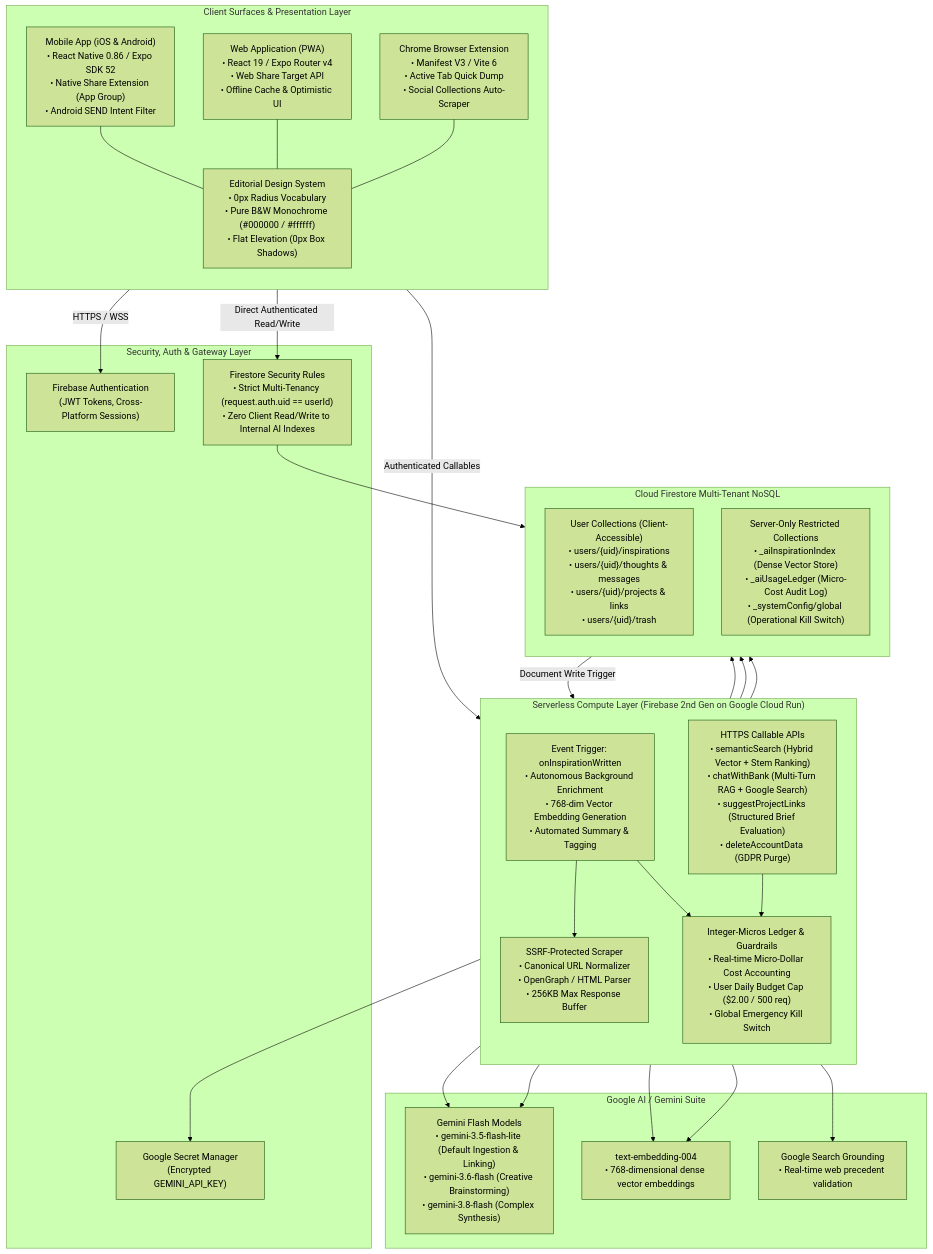
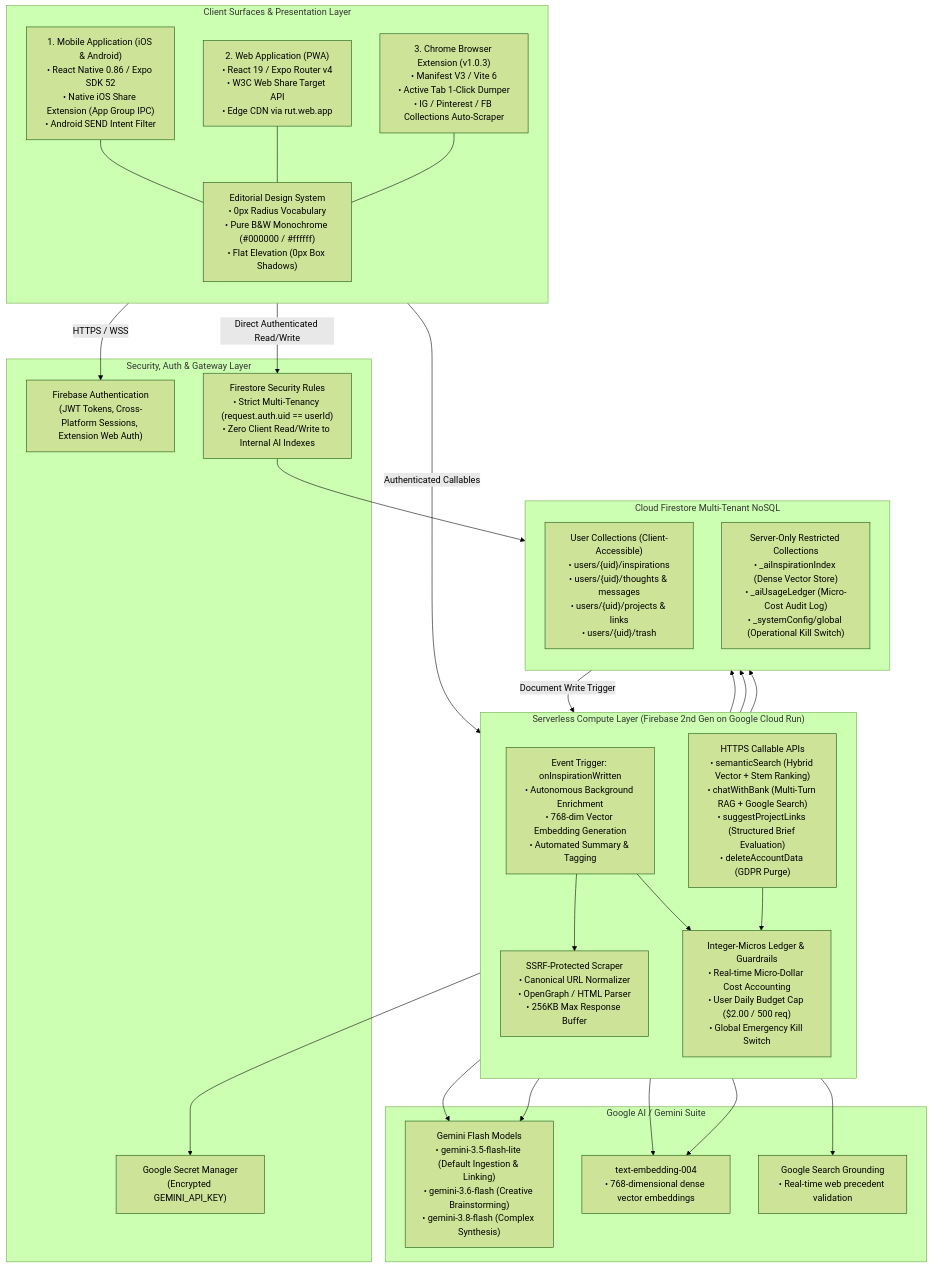
One commit to ernestpascual/rut-app changed the sixth of 6 diagrams in submission.md. Above: the diagram before and after it, drawn with Mermaid (forest theme). The commit also changed other lines of this file, not shown here.

Commit message:
docs: enrich submission.md with explicit Web, Mobile (iOS/Android), and Chrome Extension tri-surface ecosystem

````diff
--- a/submission.md
+++ b/submission.md
@@ -229,62 +275,62 @@
 ```mermaid
 flowchart TB
     subgraph ClientSurfaces ["Client Surfaces & Presentation Layer"]
         direction TB
-        MobileApp["Mobile App (iOS & Android)<br/>• React Native 0.86 / Expo SDK 52<br/>• Native Share Extension (App Group)<br/>• Android SEND Intent Filter"]
-        WebApp["Web Application (PWA)<br/>• React 19 / Expo Router v4<br/>• Web Share Target API<br/>• Offline Cache & Optimistic UI"]
-        BrowserExt["Chrome Browser Extension<br/>• Manifest V3 / Vite 6<br/>• Active Tab Quick Dump<br/>• Social Collections Auto-Scraper"]
+        MobileApp["1. Mobile Application (iOS & Android)<br/>• React Native 0.86 / Expo SDK 52<br/>• Native iOS Share Extension (App Group IPC)<br/>• Android SEND Intent Filter"]
+        WebApp["2. Web Application (PWA)<br/>• React 19 / Expo Router v4<br/>• W3C Web Share Target API<br/>• Edge CDN via rut.web.app"]
+        BrowserExt["3. Chrome Browser Extension (v1.0.3)<br/>• Manifest V3 / Vite 6<br/>• Active Tab 1-Click Dumper<br/>• IG / Pinterest / FB Collections Auto-Scraper"]
         DesignSys["Editorial Design System<br/>• 0px Radius Vocabulary<br/>• Pure B&W Monochrome (#000000 / #ffffff)<br/>• Flat Elevation (0px Box Shadows)"]
         MobileApp --- DesignSys
         WebApp --- DesignSys
         BrowserExt --- DesignSys
     end
 
     subgraph SecurityGateway ["Security, Auth & Gateway Layer"]
-        FirebaseAuth["Firebase Authentication<br/>(JWT Tokens, Cross-Platform Sessions)"]
+        FirebaseAuth["Firebase Authentication<br/>(JWT Tokens, Cross-Platform Sessions, Extension Web Auth)"]
         SecRules["Firestore Security Rules<br/>• Strict Multi-Tenancy (request.auth.uid == userId)<br/>• Zero Client Read/Write to Internal AI Indexes"]
         SecretMgr["Google Secret Manager<br/>(Encrypted GEMINI_API_KEY)"]
     end
 
     subgraph ServerlessCompute ["Serverless Compute Layer (Firebase 2nd Gen on Google Cloud Run)"]
         direction TB
         SSRF["SSRF-Protected Scraper<br/>• Canonical URL Normalizer<br/>• OpenGraph / HTML Parser<br/>• 256KB Max Response Buffer"]
         
         TriggerFn["Event Trigger: onInspirationWritten<br/>• Autonomous Background Enrichment<br/>• 768-dim Vector Embedding Generation<br/>• Automated Summary & Tagging"]
         
         Callables["HTTPS Callable APIs<br/>• semanticSearch (Hybrid Vector + Stem Ranking)<br/>• chatWithBank (Multi-Turn RAG + Google Search)<br/>• suggestProjectLinks (Structured Brief Evaluation)<br/>• deleteAccountData (GDPR Purge)"]
         
         CostLedger["Integer-Micros Ledger & Guardrails<br/>• Real-time Micro-Dollar Cost Accounting<br/>• User Daily Budget Cap ($2.00 / 500 req)<br/>• Global Emergency Kill Switch"]
     end
 
     subgraph GoogleAISuite ["Google AI / Gemini Suite"]
         GeminiFlash["Gemini Flash Models<br/>• gemini-3.5-flash-lite (Default Ingestion & Linking)<br/>• gemini-3.6-flash (Creative Brainstorming)<br/>• gemini-3.8-flash (Complex Synthesis)"]
         TextEmbed["text-embedding-004<br/>• 768-dimensional dense vector embeddings"]
         GoogleSearch["Google Search Grounding<br/>• Real-time web precedent validation"]
     end
 
     subgraph DataStoreLayer ["Cloud Firestore Multi-Tenant NoSQL"]
         direction TB
         UserDocs["User Collections (Client-Accessible)<br/>• users/{uid}/inspirations<br/>• users/{uid}/thoughts & messages<br/>• users/{uid}/projects & links<br/>• users/{uid}/trash"]
         ServerDocs["Server-Only Restricted Collections<br/>• _aiInspirationIndex (Dense Vector Store)<br/>• _aiUsageLedger (Micro-Cost Audit Log)<br/>• _systemConfig/global (Operational Kill Switch)"]
     end
 
     ClientSurfaces -->|HTTPS / WSS| FirebaseAuth
     ClientSurfaces -->|Direct Authenticated Read/Write| SecRules
     SecRules --> UserDocs
     ClientSurfaces -->|Authenticated Callables| Callables
     
     UserDocs -->|Document Write Trigger| TriggerFn
     TriggerFn --> SSRF
     TriggerFn --> GeminiFlash
     TriggerFn --> TextEmbed
     TriggerFn --> ServerDocs
     TriggerFn --> CostLedger
     
     Callables --> SecretMgr
     Callables --> CostLedger
     Callables --> GeminiFlash
     Callables --> TextEmbed
     Callables --> GoogleSearch
     Callables --> ServerDocs
     Callables --> UserDocs
 ```
````
